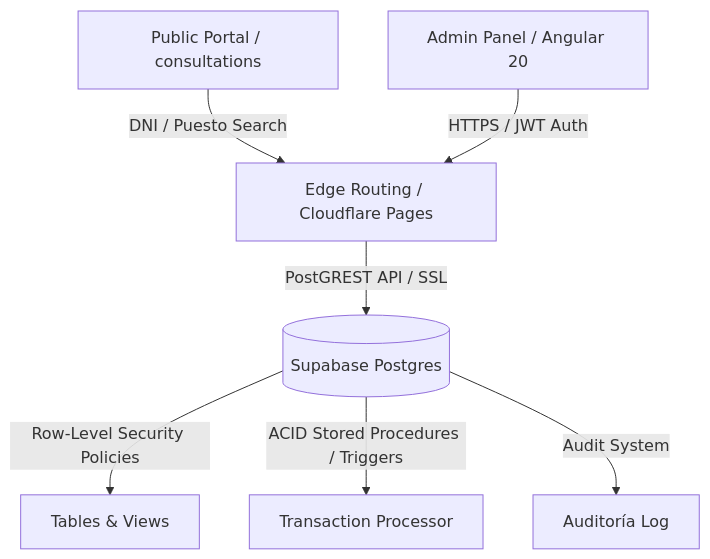
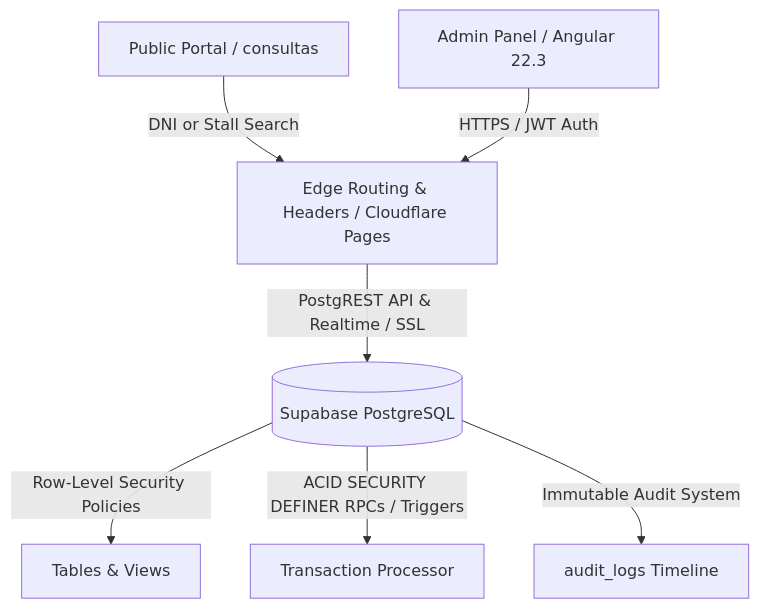
The diagram in README.md (omparedes/SistemaCooperativa), drawn with Mermaid before and after one commit. The commit also changed other lines of this file and 14 other files, not shown here.

````diff
--- a/README.md
+++ b/README.md
@@ -18,9 +18,9 @@
 ```mermaid
 graph TD
-    A[Public Portal / consultations] -->|DNI / Puesto Search| B[Edge Routing / Cloudflare Pages]
-    C[Admin Panel / Angular 20] -->|HTTPS / JWT Auth| B
-    B -->|PostGREST API / SSL| D[(Supabase Postgres)]
+    A[Public Portal / consultas] -->|DNI or Stall Search| B[Edge Routing & Headers / Cloudflare Pages]
+    C[Admin Panel / Angular 22.3] -->|HTTPS / JWT Auth| B
+    B -->|PostgREST API & Realtime / SSL| D[(Supabase PostgreSQL)]
     D -->|Row-Level Security Policies| E[Tables & Views]
-    D -->|ACID Stored Procedures / Triggers| F[Transaction Processor]
-    D -->|Audit System| G[Auditoría Log]
+    D -->|ACID SECURITY DEFINER RPCs / Triggers| F[Transaction Processor]
+    D -->|Immutable Audit System| G[audit_logs Timeline]
 ```
````
